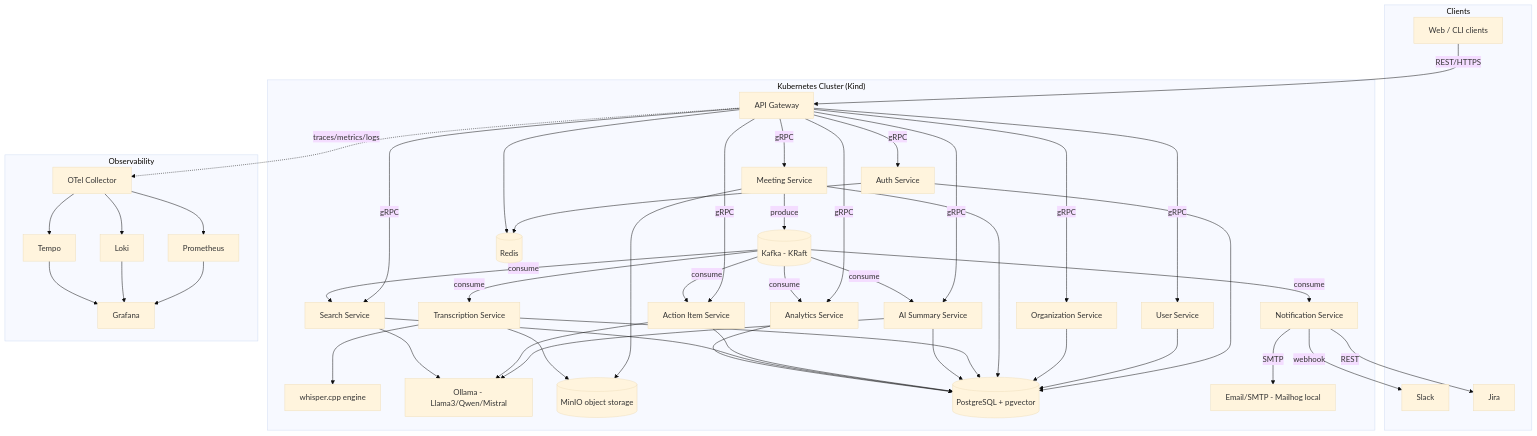
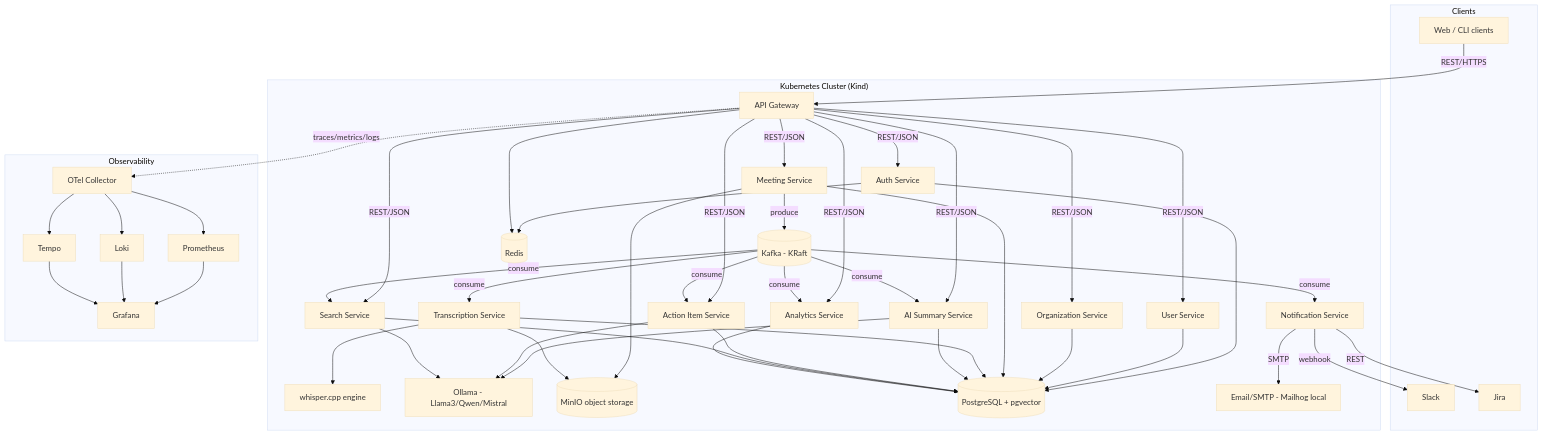
One commit to shivamrajput177/AI-Meeting-Intelligence changed the diagram in docs/PROJECT_PLAN.md. Above: the diagram before and after it, drawn with Mermaid (base theme). The commit also changed other lines of this file and 14 other files, not shown here.

First line of the commit message:
Drop gRPC entirely, go REST/JSON for internal calls too

````diff
--- a/docs/PROJECT_PLAN.md
+++ b/docs/PROJECT_PLAN.md
@@ -44,64 +43,64 @@
 ```mermaid
 flowchart TB
     subgraph Clients
         WEB[Web / CLI clients]
         SLACK[Slack]
         JIRA[Jira]
     end
 
     WEB -->|REST/HTTPS| GW[API Gateway]
 
     subgraph "Kubernetes Cluster (Kind)"
-        GW -->|gRPC| AUTH[Auth Service]
-        GW -->|gRPC| USER[User Service]
-        GW -->|gRPC| ORG[Organization Service]
-        GW -->|gRPC| MEET[Meeting Service]
-        GW -->|gRPC| SEARCH[Search Service]
-        GW -->|gRPC| AI[AI Summary Service]
-        GW -->|gRPC| ACT[Action Item Service]
-        GW -->|gRPC| ANL[Analytics Service]
+        GW -->|REST/JSON| AUTH[Auth Service]
+        GW -->|REST/JSON| USER[User Service]
+        GW -->|REST/JSON| ORG[Organization Service]
+        GW -->|REST/JSON| MEET[Meeting Service]
+        GW -->|REST/JSON| SEARCH[Search Service]
+        GW -->|REST/JSON| AI[AI Summary Service]
+        GW -->|REST/JSON| ACT[Action Item Service]
+        GW -->|REST/JSON| ANL[Analytics Service]
 
         MEET -->|produce| K[(Kafka - KRaft)]
         K -->|consume| TR[Transcription Service]
         K -->|consume| AI
         K -->|consume| ACT
         K -->|consume| SEARCH
         K -->|consume| NOTIF[Notification Service]
         K -->|consume| ANL
 
         TR --> WHISPER[whisper.cpp engine]
         AI --> OLLAMA[Ollama - Llama3/Qwen/Mistral]
         ACT --> OLLAMA
         SEARCH --> OLLAMA
 
         MEET --> MINIO[(MinIO object storage)]
         TR --> MINIO
 
         AUTH --> PG[(PostgreSQL + pgvector)]
         USER --> PG
         ORG --> PG
         MEET --> PG
         TR --> PG
         AI --> PG
         ACT --> PG
         SEARCH --> PG
         ANL --> PG
 
         AUTH --> REDIS[(Redis)]
         GW --> REDIS
 
         NOTIF -->|webhook| SLACK
         NOTIF -->|REST| JIRA
         NOTIF -->|SMTP| EMAIL[Email/SMTP - Mailhog local]
     end
 
     subgraph Observability
         OTEL[OTel Collector]
         PROM[Prometheus]
         GRAF[Grafana]
         LOKI[Loki]
         TEMPO[Tempo]
     end
 
     GW -.->|traces/metrics/logs| OTEL --> PROM & LOKI & TEMPO --> GRAF
 ```
````
